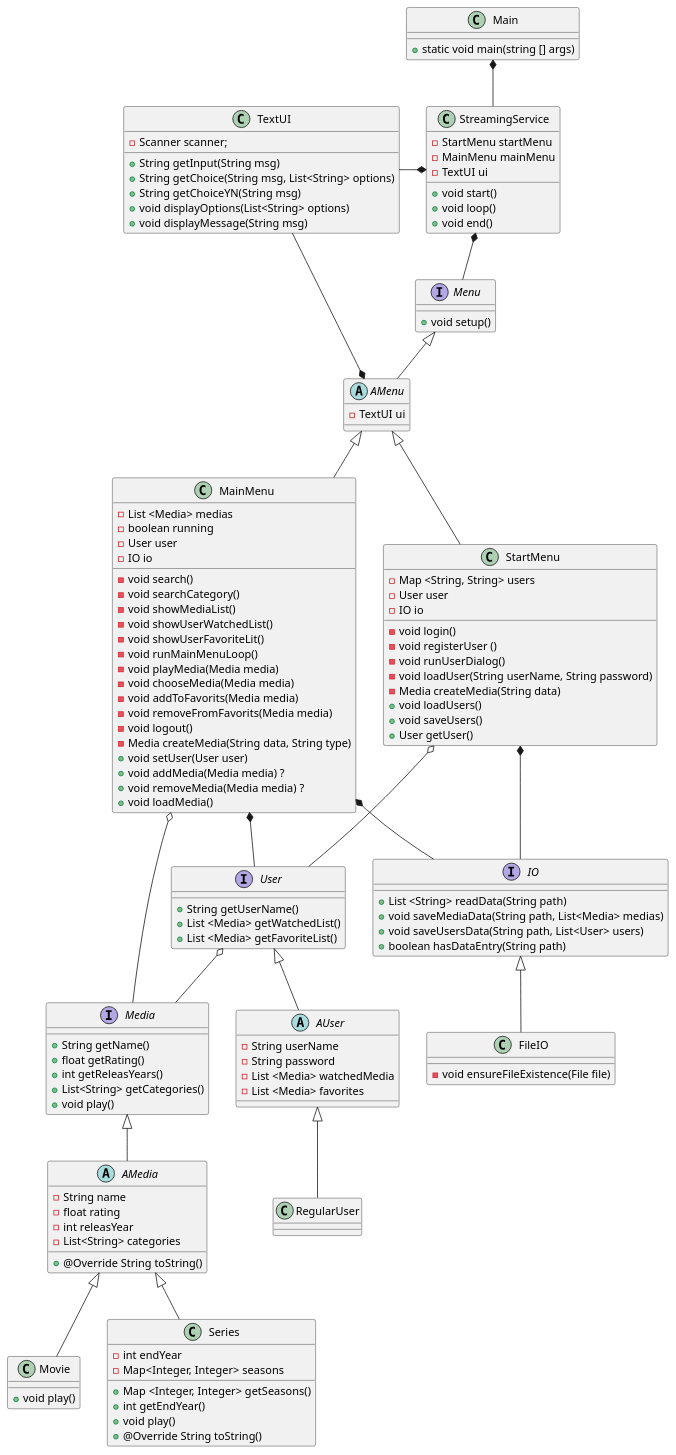
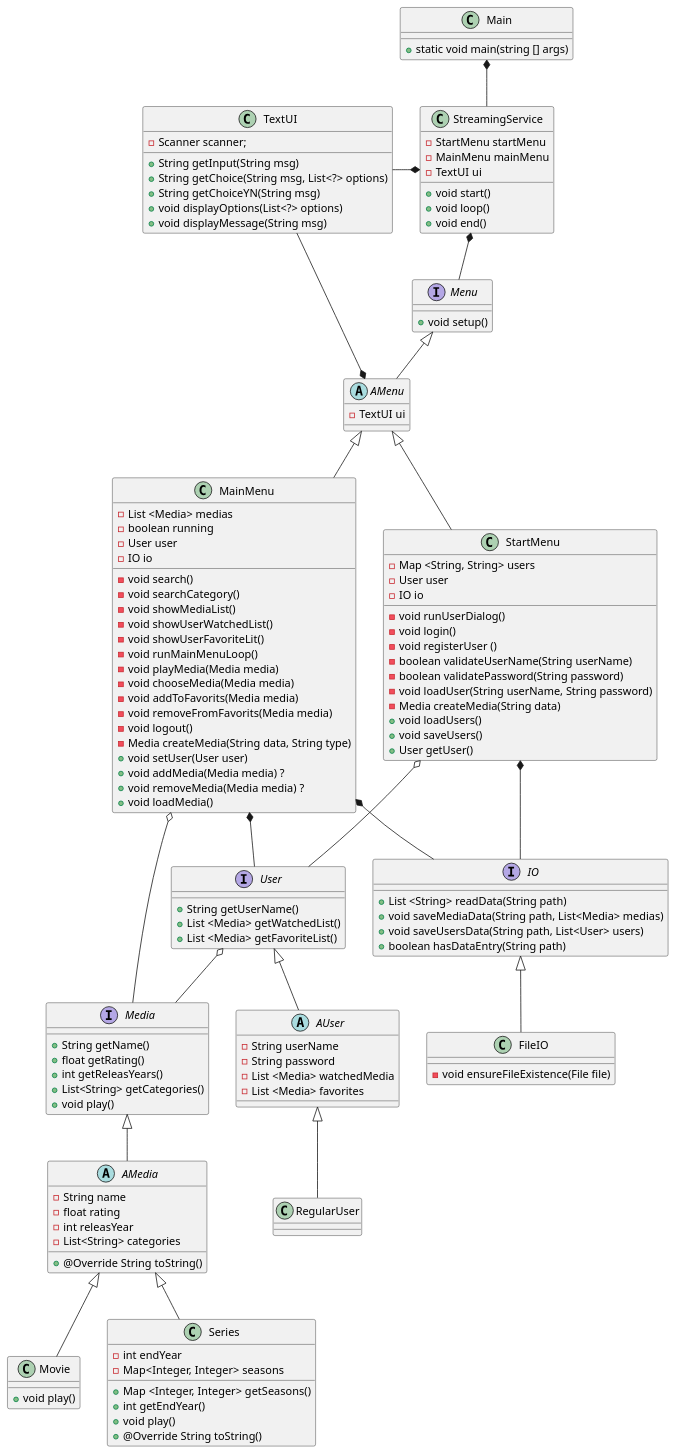
Before and after one commit to Shiihon/SP3_plus: the diagram in doc/dynamic/sequence.puml, drawn with PlantUML.

Commit message:
Update class diagram

```diff
--- a/doc/dynamic/sequence.puml
+++ b/doc/dynamic/sequence.puml
@@ -1,152 +1,154 @@
 @startuml
 class Main
 class StreamingService
 interface Menu
 abstract class AMenu
 class StartMenu
 class MainMenu
 interface User
 abstract class AUser
 class RegularUser
 interface Media
 abstract class AMedia
 class Movie
 class Series
 interface IO
 class FileIO
 class TextUI
 
 Main *-- StreamingService
 StreamingService *-- Menu
 Menu <|-- AMenu
 AMenu <|-- StartMenu
 AMenu <|-- MainMenu
 AMenu *-- TextUI
 StartMenu *-- IO
 MainMenu *-- IO
 IO <|-- FileIO
 StartMenu o-- User
 MainMenu *-- User
 User <|-- AUser
 AUser <|-- RegularUser
 MainMenu o-- Media
 User o-- Media
 Media <|-- AMedia
 AMedia <|-- Movie
 AMedia <|-- Series
 
 
 Main : + static void main(string [] args)
 
 
 StreamingService : - StartMenu startMenu
 StreamingService : - MainMenu mainMenu
 StreamingService : - TextUI ui
 
 StreamingService : + void start()
 StreamingService : + void loop()
 StreamingService : + void end()
 
 
 StreamingService *-l- TextUI
 
 
 Menu : + void setup()
 
 
 AMenu : - TextUI ui
 
 
 StartMenu : - Map <String, String> users
 StartMenu : - User user
 StartMenu : - IO io
 
+StartMenu : - void runUserDialog()
 StartMenu : - void login()
 StartMenu : - void registerUser ()
-StartMenu : - void runUserDialog()
+StartMenu : - boolean validateUserName(String userName)
+StartMenu : - boolean validatePassword(String password)
 StartMenu : - void loadUser(String userName, String password)
 StartMenu : - Media createMedia(String data)
 StartMenu : + void loadUsers()
 StartMenu : + void saveUsers()
 StartMenu : + User getUser()
 
 
 MainMenu : - List <Media> medias
 MainMenu : - boolean running
 MainMenu : - User user
 MainMenu : - IO io
 
 MainMenu : - void search()
 MainMenu : - void searchCategory()
 MainMenu : - void showMediaList()
 MainMenu : - void showUserWatchedList()
 MainMenu : - void showUserFavoriteLit()
 MainMenu : - void runMainMenuLoop()
 MainMenu : - void playMedia(Media media)
 MainMenu : - void chooseMedia(Media media)
 MainMenu : - void addToFavorits(Media media)
 MainMenu : - void removeFromFavorits(Media media)
 MainMenu : - void logout()
 MainMenu : - Media createMedia(String data, String type)
 MainMenu : + void setUser(User user)
 MainMenu : + void addMedia(Media media) ?
 MainMenu : + void removeMedia(Media media) ?
 MainMenu : + void loadMedia()
 
 
 User : + String getUserName()
 User : + List <Media> getWatchedList()
 User : + List <Media> getFavoriteList()
 
 
 AUser : - String userName
 AUser : - String password
 AUser : - List <Media> watchedMedia
 AUser : - List <Media> favorites
 
 
 Media : + String getName()
 Media : + float getRating()
 Media : + int getReleasYears()
 Media : + List<String> getCategories()
 Media : + void play()
 
 
 AMedia : - String name
 AMedia : - float rating
 AMedia : - int releasYear
 AMedia : - List<String> categories
 
 AMedia : + @Override String toString()
 
 
 Series : - int endYear
 Series : - Map<Integer, Integer> seasons
 Series : + Map <Integer, Integer> getSeasons()
 
 Series : + int getEndYear()
 Series : + void play()
 Series : + @Override String toString()
 
 
 Movie : + void play()
 
 
 IO : + List <String> readData(String path)
 IO : + void saveMediaData(String path, List<Media> medias)
 IO : + void saveUsersData(String path, List<User> users)
 IO : + boolean hasDataEntry(String path)
 
 
 FileIO : - void ensureFileExistence(File file)
 
 
 TextUI : - Scanner scanner;
 
 TextUI : + String getInput(String msg)
-TextUI : + String getChoice(String msg, List<String> options)
+TextUI : + String getChoice(String msg, List<?> options)
 TextUI : + String getChoiceYN(String msg)
-TextUI : + void displayOptions(List<String> options)
+TextUI : + void displayOptions(List<?> options)
 TextUI : + void displayMessage(String msg)
 
 @enduml
```
